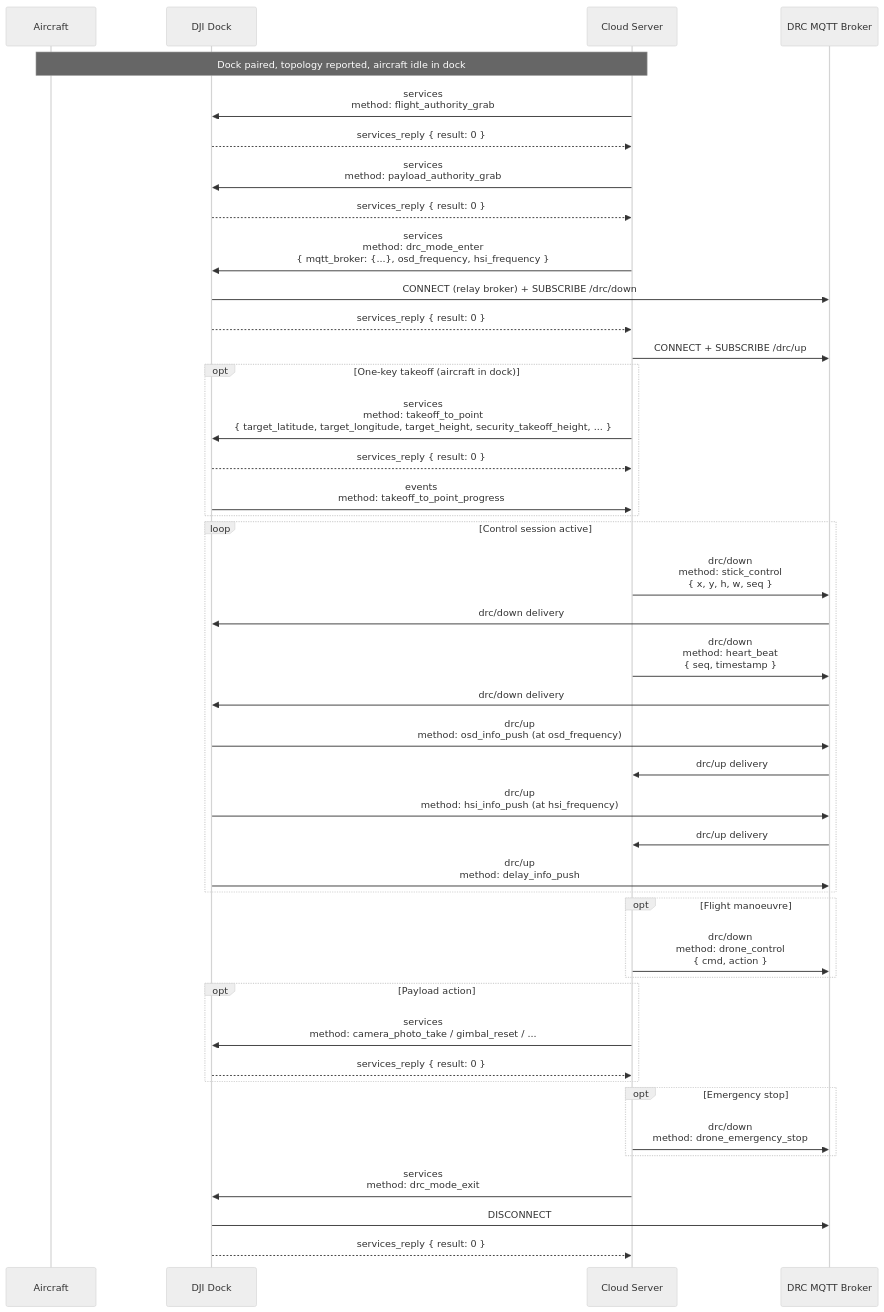
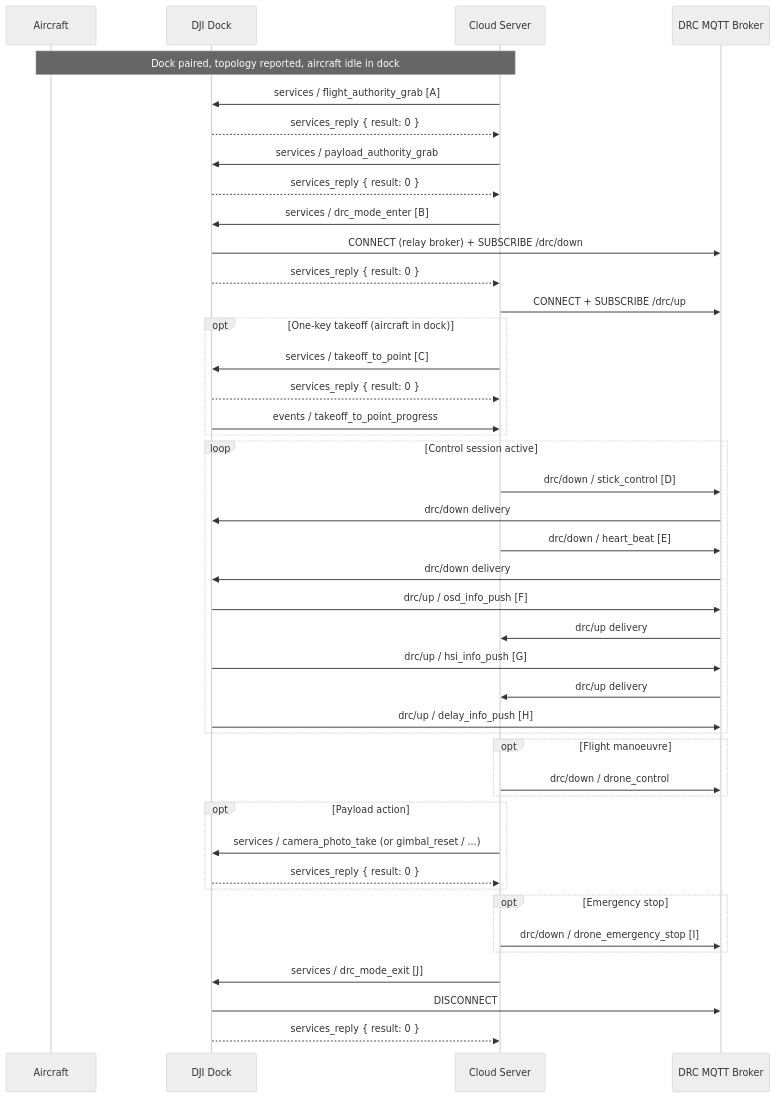
One commit to larry-watkins-wps/DJI-docs-master changed the first of 2 diagrams in master-docs/workflows/live-flight-controls-drc.md. Above: the diagram before and after it, drawn with Mermaid (neutral theme). The commit also changed other lines of this file and 10 other files, not shown here.

First line of the commit message:
docs: beautify workflow mermaid diagrams with separate JSON payload blocks

````diff
--- a/master-docs/workflows/live-flight-controls-drc.md
+++ b/master-docs/workflows/live-flight-controls-drc.md
@@ -45,54 +45,54 @@
 ```mermaid
 sequenceDiagram
     participant aircraft as Aircraft
     participant dock as DJI Dock
     participant cloud as Cloud Server
     participant drc as DRC MQTT Broker
 
     note over aircraft,cloud: Dock paired, topology reported, aircraft idle in dock
 
-    cloud ->> dock: services<br/>method: flight_authority_grab
+    cloud ->> dock: services / flight_authority_grab   [A]
     dock -->> cloud: services_reply { result: 0 }
-    cloud ->> dock: services<br/>method: payload_authority_grab
+    cloud ->> dock: services / payload_authority_grab
     dock -->> cloud: services_reply { result: 0 }
 
-    cloud ->> dock: services<br/>method: drc_mode_enter<br/>{ mqtt_broker: {...}, osd_frequency, hsi_frequency }
+    cloud ->> dock: services / drc_mode_enter   [B]
     dock ->> drc: CONNECT (relay broker) + SUBSCRIBE /drc/down
     dock -->> cloud: services_reply { result: 0 }
     cloud ->> drc: CONNECT + SUBSCRIBE /drc/up
 
     opt One-key takeoff (aircraft in dock)
-        cloud ->> dock: services<br/>method: takeoff_to_point<br/>{ target_latitude, target_longitude, target_height, security_takeoff_height, ... }
+        cloud ->> dock: services / takeoff_to_point   [C]
         dock -->> cloud: services_reply { result: 0 }
-        dock ->> cloud: events<br/>method: takeoff_to_point_progress
+        dock ->> cloud: events / takeoff_to_point_progress
     end
 
     loop Control session active
-        cloud ->> drc: drc/down<br/>method: stick_control<br/>{ x, y, h, w, seq }
+        cloud ->> drc: drc/down / stick_control   [D]
         drc ->> dock: drc/down delivery
-        cloud ->> drc: drc/down<br/>method: heart_beat<br/>{ seq, timestamp }
+        cloud ->> drc: drc/down / heart_beat   [E]
         drc ->> dock: drc/down delivery
-        dock ->> drc: drc/up<br/>method: osd_info_push (at osd_frequency)
+        dock ->> drc: drc/up / osd_info_push   [F]
         drc ->> cloud: drc/up delivery
-        dock ->> drc: drc/up<br/>method: hsi_info_push (at hsi_frequency)
+        dock ->> drc: drc/up / hsi_info_push   [G]
         drc ->> cloud: drc/up delivery
-        dock ->> drc: drc/up<br/>method: delay_info_push
+        dock ->> drc: drc/up / delay_info_push   [H]
     end
 
     opt Flight manoeuvre
-        cloud ->> drc: drc/down<br/>method: drone_control<br/>{ cmd, action }
+        cloud ->> drc: drc/down / drone_control
     end
 
     opt Payload action
-        cloud ->> dock: services<br/>method: camera_photo_take / gimbal_reset / ...
+        cloud ->> dock: services / camera_photo_take (or gimbal_reset / ...)
         dock -->> cloud: services_reply { result: 0 }
     end
 
     opt Emergency stop
-        cloud ->> drc: drc/down<br/>method: drone_emergency_stop
+        cloud ->> drc: drc/down / drone_emergency_stop   [I]
     end
 
-    cloud ->> dock: services<br/>method: drc_mode_exit
+    cloud ->> dock: services / drc_mode_exit   [J]
     dock ->> drc: DISCONNECT
     dock -->> cloud: services_reply { result: 0 }
 ```
````
